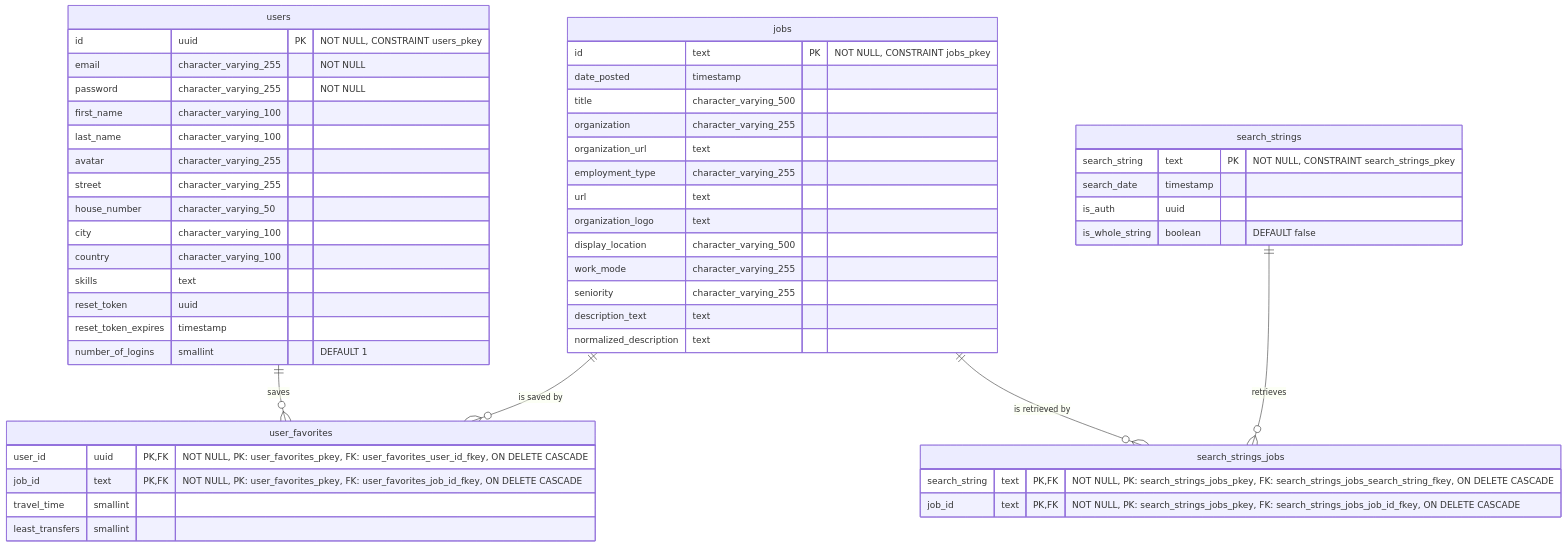
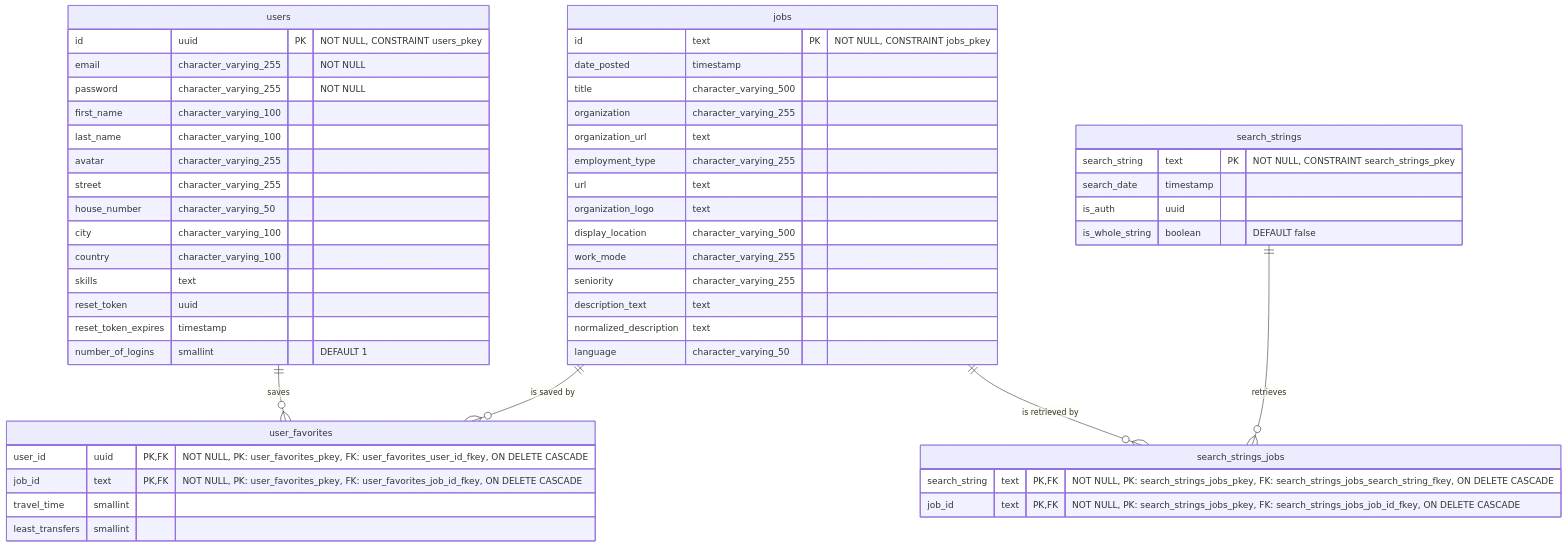
One commit to YahyaAl-Ademi/2025.10.23-JobCompass changed the diagram in documentation/ERD.md. Above: the diagram before and after it, drawn with Mermaid. The commit also changed other lines of this file and 8 other files, not shown here.

Commit message:
refactor: language filter per review – remove getJobLanguage, closed word sets, schema in create_tables, ERD update

````diff
--- a/documentation/ERD.md
+++ b/documentation/ERD.md
@@ -5,59 +5,60 @@
 ```mermaid
 erDiagram
     users ||--o{ user_favorites : "saves"
     jobs ||--o{ user_favorites : "is saved by"
     search_strings ||--o{ search_strings_jobs : "retrieves"
     jobs ||--o{ search_strings_jobs : "is retrieved by"
 
     users {
         id uuid PK "NOT NULL, CONSTRAINT users_pkey"
         email character_varying_255 "NOT NULL"
         password character_varying_255 "NOT NULL"
         first_name character_varying_100
         last_name character_varying_100
         avatar character_varying_255
         street character_varying_255
         house_number character_varying_50
         city character_varying_100
         country character_varying_100
         skills text
         reset_token uuid
         reset_token_expires timestamp
         number_of_logins smallint "DEFAULT 1"
     }
 
     jobs {
         id text PK "NOT NULL, CONSTRAINT jobs_pkey"
         date_posted timestamp
         title character_varying_500
         organization character_varying_255
         organization_url text
         employment_type character_varying_255
         url text
         organization_logo text
         display_location character_varying_500
         work_mode character_varying_255
         seniority character_varying_255
         description_text text
         normalized_description text
+        language character_varying_50
     }
 
     user_favorites {
         user_id uuid PK,FK "NOT NULL, PK: user_favorites_pkey, FK: user_favorites_user_id_fkey, ON DELETE CASCADE"
         job_id text PK,FK "NOT NULL, PK: user_favorites_pkey, FK: user_favorites_job_id_fkey, ON DELETE CASCADE"
         travel_time smallint
         least_transfers smallint
     }
 
     search_strings {
         search_string text PK "NOT NULL, CONSTRAINT search_strings_pkey"
         search_date timestamp
         is_auth uuid
         is_whole_string boolean "DEFAULT false"
     }
 
     search_strings_jobs {
         search_string text PK,FK "NOT NULL, PK: search_strings_jobs_pkey, FK: search_strings_jobs_search_string_fkey, ON DELETE CASCADE"
         job_id text PK,FK "NOT NULL, PK: search_strings_jobs_pkey, FK: search_strings_jobs_job_id_fkey, ON DELETE CASCADE"
     }
 ```
````
